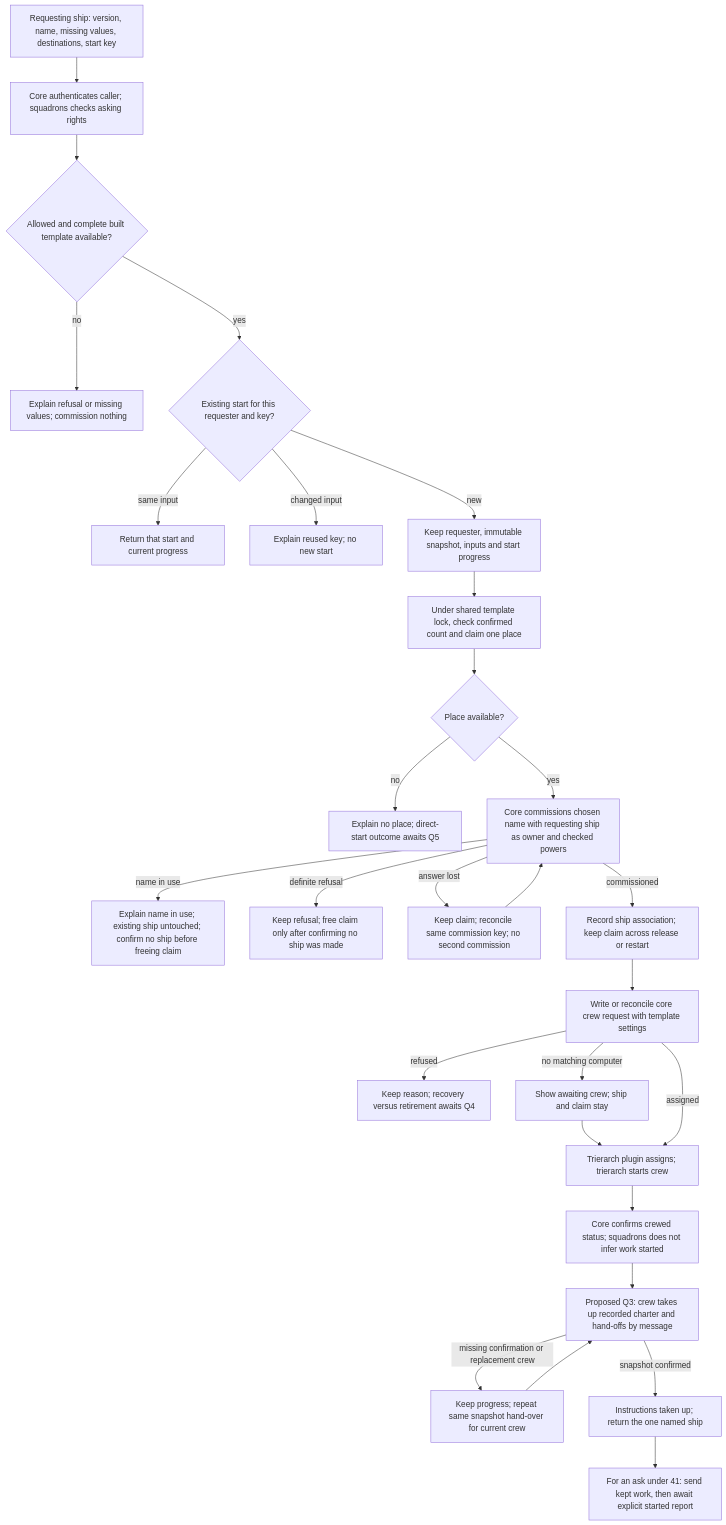
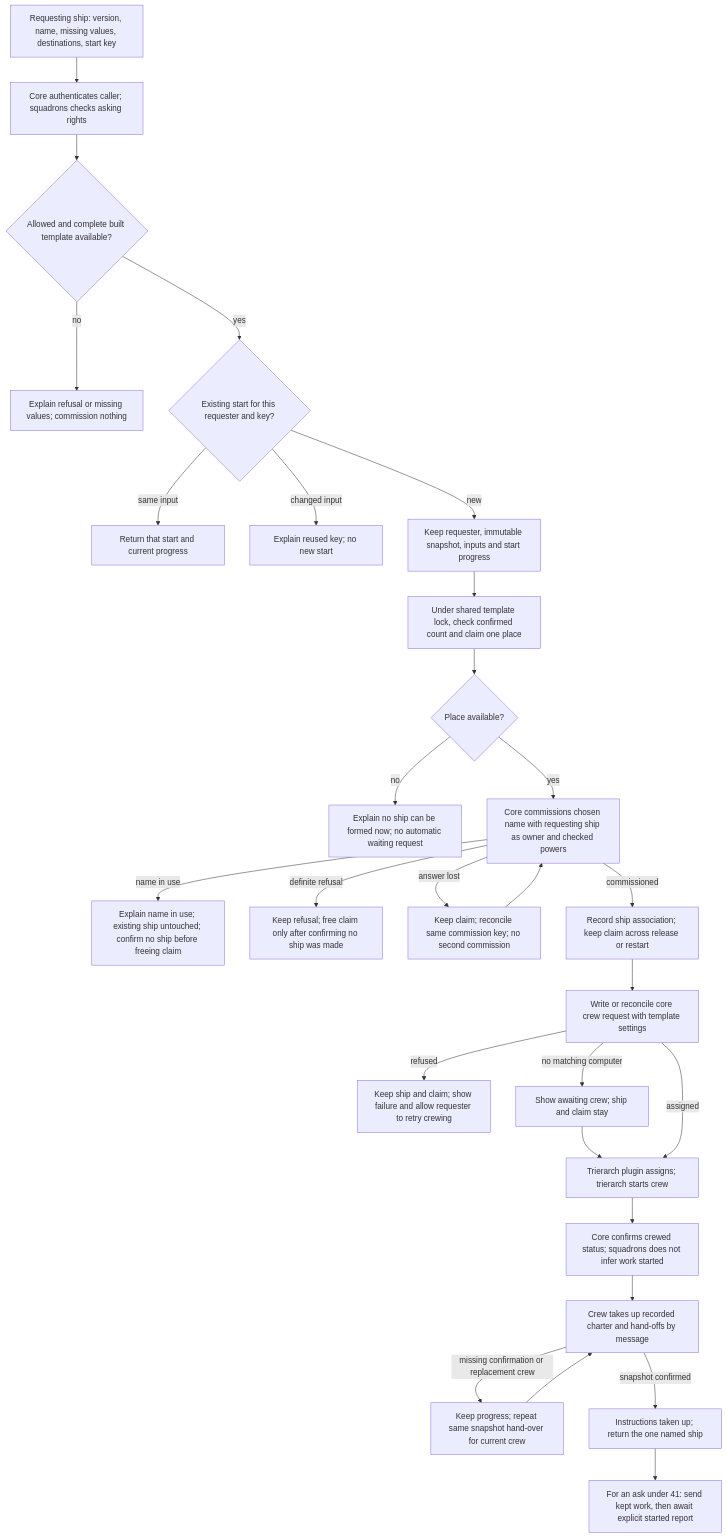
The diagram in docs/design/start-one-ship/detailed-design.md (ThomasHendrickx/aeolus-fleet-squadrons), drawn with Mermaid before and after one commit. The commit also changed other lines of this file, not shown here.

Commit message:
docs: record direct start design answers

````diff
--- a/docs/design/start-one-ship/detailed-design.md
+++ b/docs/design/start-one-ship/detailed-design.md
@@ -19,30 +19,30 @@
 ```mermaid
 flowchart TD
     A[Requesting ship: version, name, missing values, destinations, start key] --> B[Core authenticates caller; squadrons checks asking rights]
     B --> C{Allowed and complete built template available?}
     C -- no --> D[Explain refusal or missing values; commission nothing]
     C -- yes --> E{Existing start for this requester and key?}
     E -- same input --> F[Return that start and current progress]
     E -- changed input --> G[Explain reused key; no new start]
     E -- new --> H[Keep requester, immutable snapshot, inputs and start progress]
     H --> I[Under shared template lock, check confirmed count and claim one place]
     I --> J{Place available?}
-    J -- no --> K[Explain no place; direct-start outcome awaits Q5]
+    J -- no --> K[Explain no ship can be formed now; no automatic waiting request]
     J -- yes --> L[Core commissions chosen name with requesting ship as owner and checked powers]
     L -- name in use --> M[Explain name in use; existing ship untouched; confirm no ship before freeing claim]
     L -- definite refusal --> N[Keep refusal; free claim only after confirming no ship was made]
     L -- answer lost --> O[Keep claim; reconcile same commission key; no second commission]
     O --> L
     L -- commissioned --> P[Record ship association; keep claim across release or restart]
     P --> R[Write or reconcile core crew request with template settings]
-    R -- refused --> S[Keep reason; recovery versus retirement awaits Q4]
+    R -- refused --> S[Keep ship and claim; show failure and allow requester to retry crewing]
     R -- no matching computer --> T[Show awaiting crew; ship and claim stay]
     T --> U[Trierarch plugin assigns; trierarch starts crew]
     R -- assigned --> U
     U --> V[Core confirms crewed status; squadrons does not infer work started]
-    V --> W[Proposed Q3: crew takes up recorded charter and hand-offs by message]
+    V --> W[Crew takes up recorded charter and hand-offs by message]
     W -- missing confirmation or replacement crew --> X[Keep progress; repeat same snapshot hand-over for current crew]
     X --> W
     W -- snapshot confirmed --> Y[Instructions taken up; return the one named ship]
     Y --> Z[For an ask under 41: send kept work, then await explicit started report]
 ```
````
